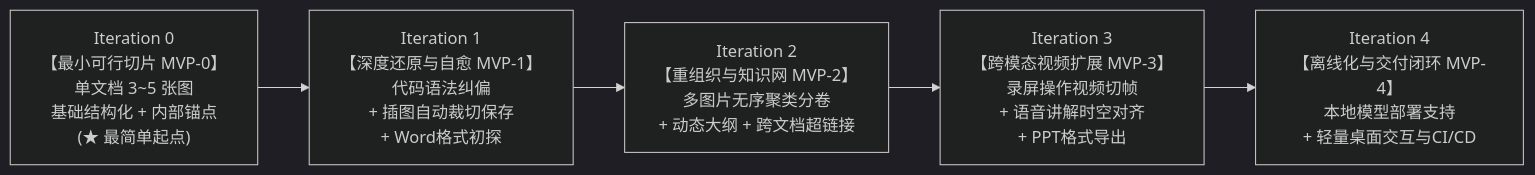
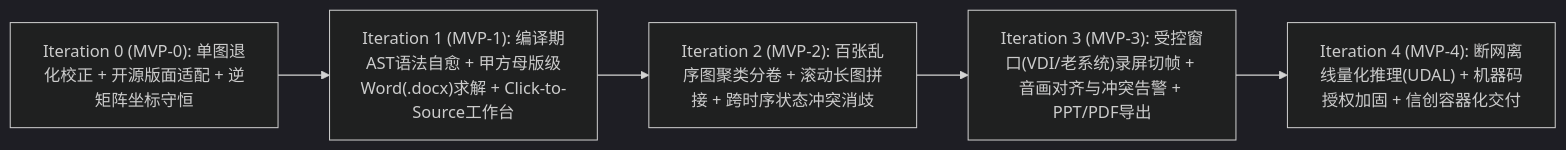
The diagram in docs/05_DevOps与敏捷迭代/01_DevOps敏捷迭代路线图与演进规划.md (TK-zhang/tupian-zhuan-wendang), drawn with Mermaid (dark theme) before and after one commit. The commit also changed other lines of this file and 19 other files, not shown here.

````diff
--- a/docs/05_DevOps与敏捷迭代/01_DevOps敏捷迭代路线图与演进规划.md
+++ b/docs/05_DevOps与敏捷迭代/01_DevOps敏捷迭代路线图与演进规划.md
@@ -8,7 +7,7 @@
 ```mermaid
 flowchart LR
-    M0["Iteration 0<br>【最小可行切片 MVP-0】<br>单文档 3~5 张图<br>基础结构化 + 内部锚点<br>(★ 最简单起点)"] --> M1["Iteration 1<br>【深度还原与自愈 MVP-1】<br>代码语法纠偏<br>+ 插图自动裁切保存<br>+ Word格式初探"]
-    M1 --> M2["Iteration 2<br>【重组织与知识网 MVP-2】<br>多图片无序聚类分卷<br>+ 动态大纲 + 跨文档超链接"]
-    M2 --> M3["Iteration 3<br>【跨模态视频扩展 MVP-3】<br>录屏操作视频切帧<br>+ 语音讲解时空对齐<br>+ PPT格式导出"]
-    M3 --> M4["Iteration 4<br>【离线化与交付闭环 MVP-4】<br>本地模型部署支持<br>+ 轻量桌面交互与CI/CD"]
+    M0["Iteration 0 (MVP-0): 单图退化校正 + 开源版面适配 + 逆矩阵坐标守恒"] --> M1["Iteration 1 (MVP-1): 编译期AST语法自愈 + 甲方母版级Word(.docx)求解 + Click-to-Source工作台"]
+    M1 --> M2["Iteration 2 (MVP-2): 百张乱序图聚类分卷 + 滚动长图拼接 + 跨时序状态冲突消歧"]
+    M2 --> M3["Iteration 3 (MVP-3): 受控窗口(VDI/老系统)录屏切帧 + 音画对齐与冲突告警 + PPT/PDF导出"]
+    M3 --> M4["Iteration 4 (MVP-4): 断网离线量化推理(UDAL) + 机器码授权加固 + 信创容器化交付"]
 ```
````
